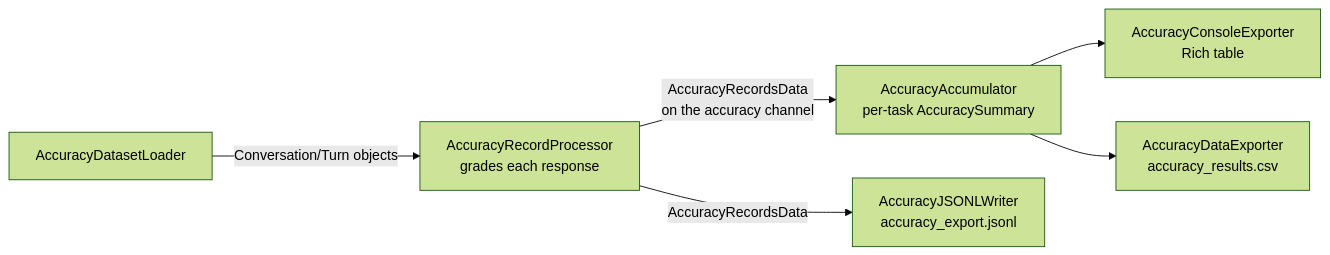
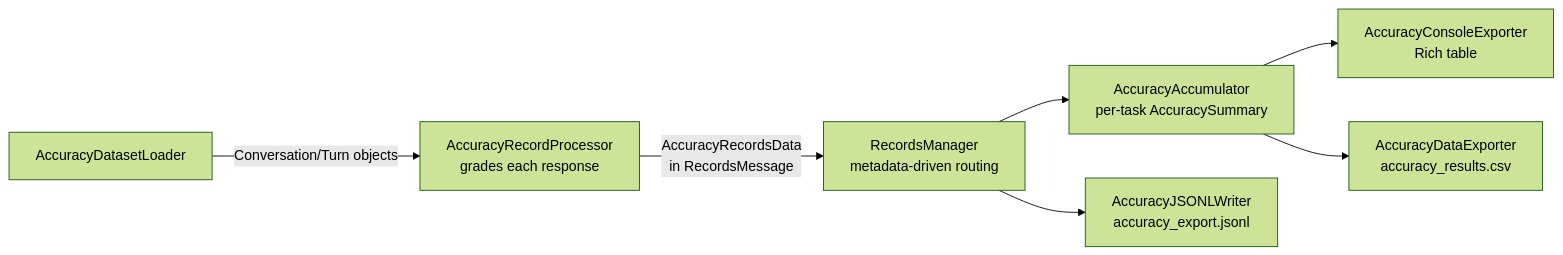
One commit to ai-dynamo/aiperf changed the diagram in docs/accuracy/accuracy-benchmarking.md. Above: the diagram before and after it, drawn with Mermaid (forest theme). The commit also changed 11 other files, not shown here.

````diff
--- a/docs/accuracy/accuracy-benchmarking.md
+++ b/docs/accuracy/accuracy-benchmarking.md
@@ -437,8 +437,9 @@
 ```mermaid
 flowchart LR
     DL[AccuracyDatasetLoader] -->|Conversation/Turn objects| RP[AccuracyRecordProcessor<br/>grades each response]
-    RP -->|AccuracyRecordsData<br/>on the accuracy channel| ACC[AccuracyAccumulator<br/>per-task AccuracySummary]
-    RP -->|AccuracyRecordsData| JW[AccuracyJSONLWriter<br/>accuracy_export.jsonl]
+    RP -->|AccuracyRecordsData<br/>in RecordsMessage| RM[RecordsManager<br/>metadata-driven routing]
+    RM --> ACC[AccuracyAccumulator<br/>per-task AccuracySummary]
+    RM --> JW[AccuracyJSONLWriter<br/>accuracy_export.jsonl]
     ACC --> CE[AccuracyConsoleExporter<br/>Rich table]
     ACC --> DE[AccuracyDataExporter<br/>accuracy_results.csv]
 ```
````
